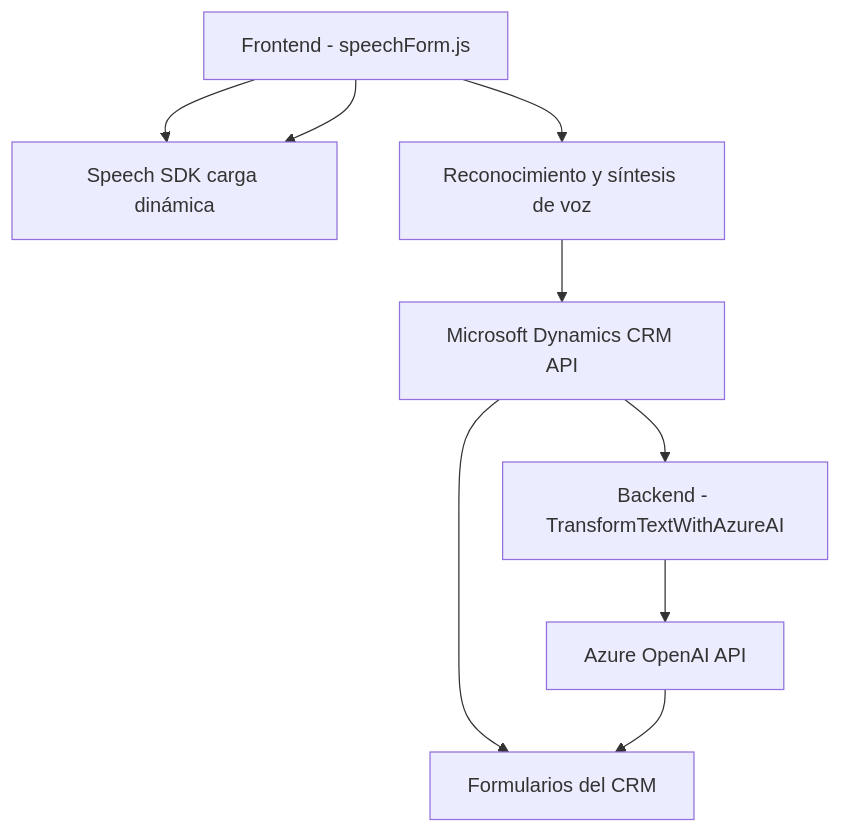
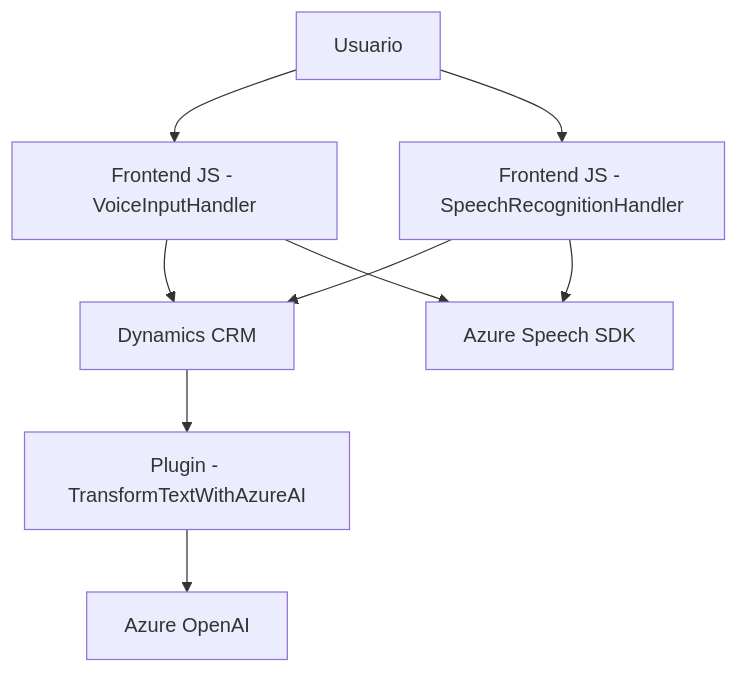
Before and after one commit to blopezdm/NETCORE_BILBAO2025: the diagram in README.md, drawn with Mermaid. The commit also changed other lines of this file, not shown here.

````diff
--- a/README.md
+++ b/README.md
@@ -45,11 +37,22 @@
 ```mermaid
 graph TD
-    A["Frontend - readForm.js"] --> B["Speech SDK carga dinámica"]
-    A["Frontend - readForm.js"] --> C["Reconocimiento y síntesis de voz"]
-    A["Frontend - speechForm.js"] --> B
-    C --> D["Microsoft Dynamics CRM API"]
-    D --> G["Formularios del CRM"]
-    E["Backend - TransformTextWithAzureAI"] --> F["Azure OpenAI API"]
-    F --> G
+    A["Usuario"]
+    B["Frontend JS - VoiceInputHandler"]
+    C["Frontend JS - SpeechRecognitionHandler"]
+    D["Dynamics CRM"]
+    E["Plugin - TransformTextWithAzureAI"]
+    F["Azure OpenAI"]
+    G["Azure Speech SDK"]
+
+    A --> B
+    A --> C
+
+    B --> D
+    C --> D
+
     D --> E
+    E --> F
+
+    C --> G
+    B --> G
 ```
````
